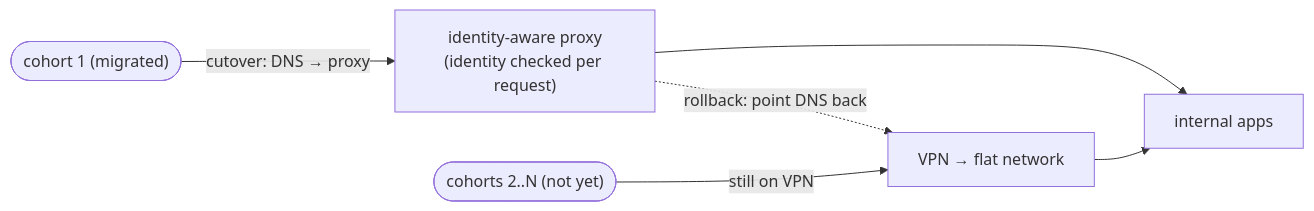
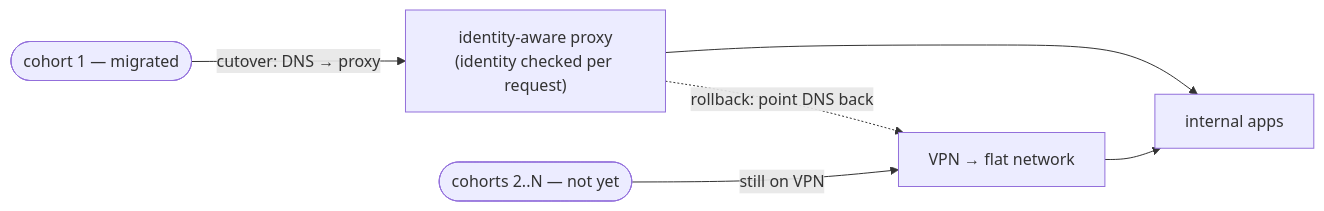
Before and after one commit to plaintext-security/plaintext: the third of 4 diagrams in tracks/11-ztna/modules/10-vpn-ztna-migration/README.md, drawn with Mermaid. The commit also changed other lines of this file and 24 other files, not shown here.

````diff
--- a/tracks/11-ztna/modules/10-vpn-ztna-migration/README.md
+++ b/tracks/11-ztna/modules/10-vpn-ztna-migration/README.md
@@ -42,8 +122,8 @@
 ```mermaid
 flowchart LR
-    C1(["cohort 1 (migrated)"]) -->|cutover: DNS → proxy| PX["identity-aware proxy<br/>(identity checked per request)"]
-    C2(["cohorts 2..N (not yet)"]) -->|still on VPN| VPN["VPN → flat network"]
+    C1(["cohort 1 — migrated"]) -->|cutover: DNS → proxy| PX["identity-aware proxy<br/>(identity checked per request)"]
+    C2(["cohorts 2..N — not yet"]) -->|still on VPN| VPN["VPN → flat network"]
     PX --> APP["internal apps"]
     VPN --> APP
     PX -. rollback: point DNS back .-> VPN
 ```
````
